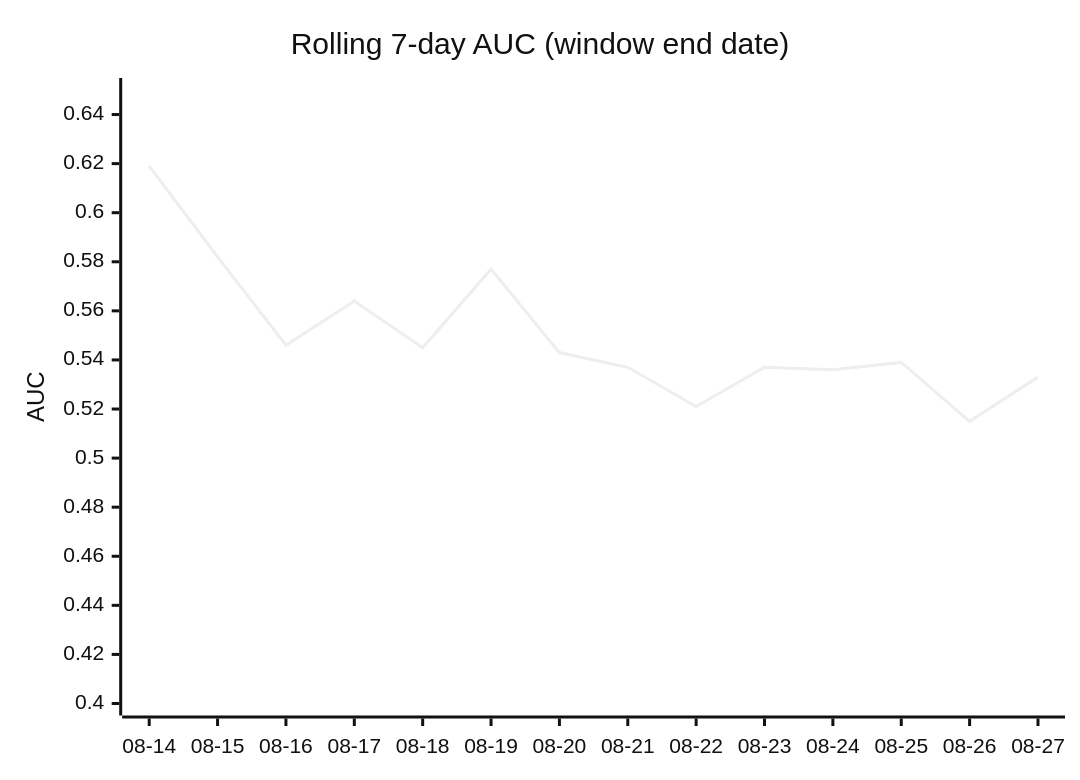
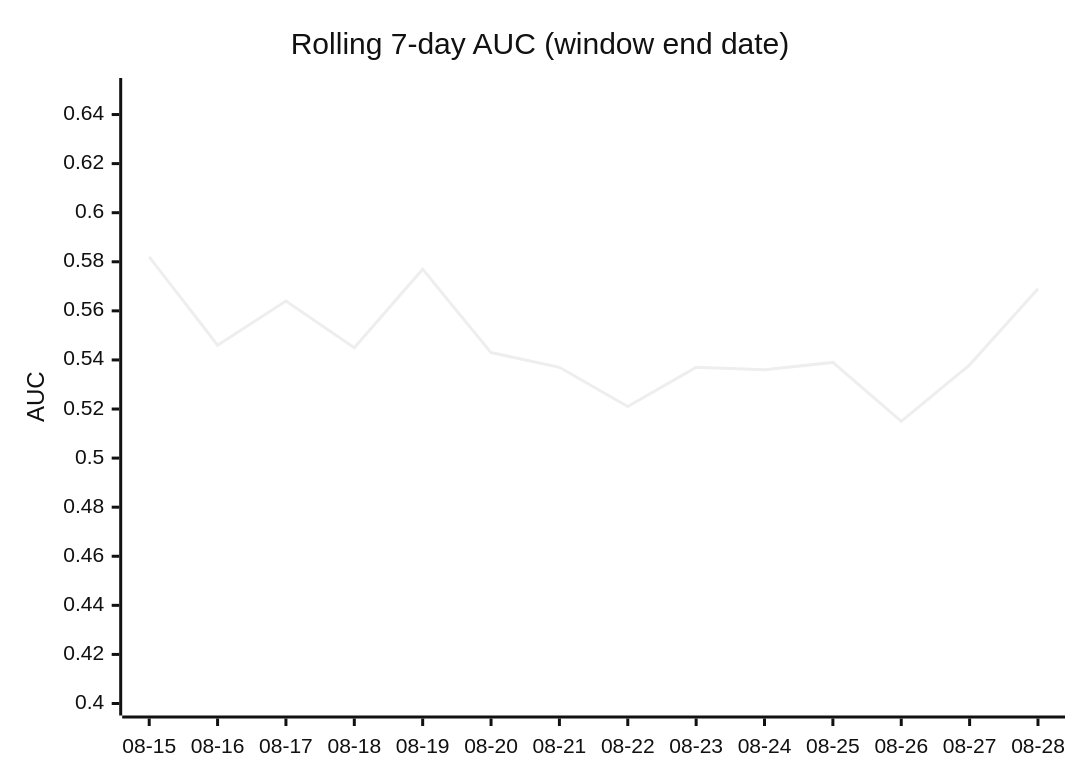
The third of 4 diagrams in DAILY_AGSU_REPORT.md (dpk1212/nhl-savant), drawn with Mermaid (neutral theme) before and after one commit. The commit also changed other lines of this file, not shown here.

````diff
--- a/DAILY_AGSU_REPORT.md
+++ b/DAILY_AGSU_REPORT.md
@@ -832,7 +831,7 @@
 ```mermaid
 xychart-beta
     title "Rolling 7-day AUC (window end date)"
-    x-axis ["08-14", "08-15", "08-16", "08-17", "08-18", "08-19", "08-20", "08-21", "08-22", "08-23", "08-24", "08-25", "08-26", "08-27"]
+    x-axis ["08-15", "08-16", "08-17", "08-18", "08-19", "08-20", "08-21", "08-22", "08-23", "08-24", "08-25", "08-26", "08-27", "08-28"]
     y-axis "AUC" 0.4 --> 0.65
-    line [0.619, 0.582, 0.546, 0.564, 0.545, 0.577, 0.543, 0.537, 0.521, 0.537, 0.536, 0.539, 0.515, 0.533]
+    line [0.582, 0.546, 0.564, 0.545, 0.577, 0.543, 0.537, 0.521, 0.537, 0.536, 0.539, 0.515, 0.538, 0.569]
 ```
````
